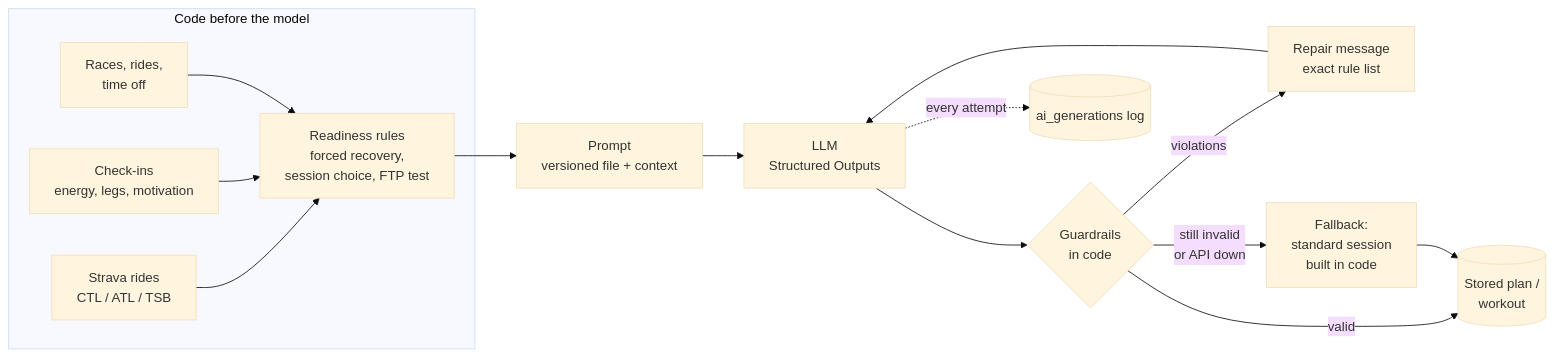
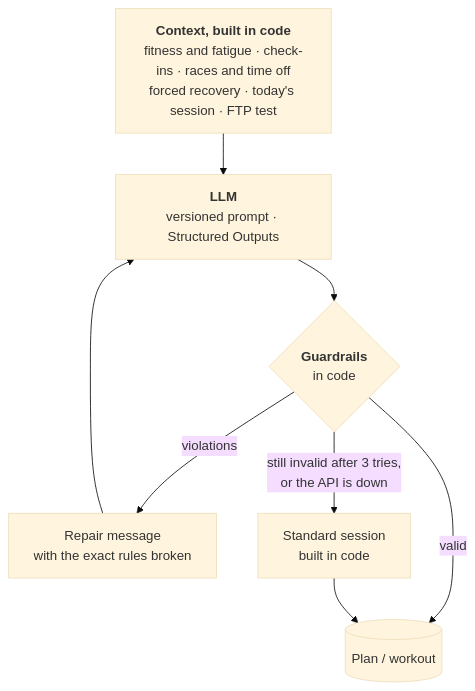
Before and after one commit to loukra/virtualCoach: the diagram in README.md, drawn with Mermaid (base theme). The commit also changed other lines of this file and 3 other files, not shown here.

````diff
--- a/README.md
+++ b/README.md
@@ -54,17 +27,11 @@
 ```mermaid
-flowchart LR
-    subgraph Code before the model
-        A[Strava rides<br/>CTL / ATL / TSB] --> C
-        B[Check-ins<br/>energy, legs, motivation] --> C
-        E[Races, rides,<br/>time off] --> C
-        C[Readiness rules<br/>forced recovery,<br/>session choice, FTP test]
-    end
-    C --> P[Prompt<br/>versioned file + context]
-    P --> M[LLM<br/>Structured Outputs]
-    M --> G{Guardrails<br/>in code}
-    G -- violations --> R[Repair message<br/>exact rule list] --> M
-    G -- valid --> S[(Stored plan /<br/>workout)]
-    G -- still invalid<br/>or API down --> F[Fallback:<br/>standard session<br/>built in code]
+flowchart TD
+    C["<b>Context, built in code</b><br/>fitness and fatigue · check-ins · races and time off<br/>forced recovery · today's session · FTP test"]
+    C --> M["<b>LLM</b><br/>versioned prompt · Structured Outputs"]
+    M --> G{"<b>Guardrails</b><br/>in code"}
+    G -- "valid" --> S[("Plan / workout")]
+    G -- "violations" --> R["Repair message<br/>with the exact rules broken"]
+    R --> M
+    G -- "still invalid after 3 tries,<br/>or the API is down" --> F["Standard session<br/>built in code"]
     F --> S
-    M -. every attempt .-> L[(ai_generations log)]
 ```
````
